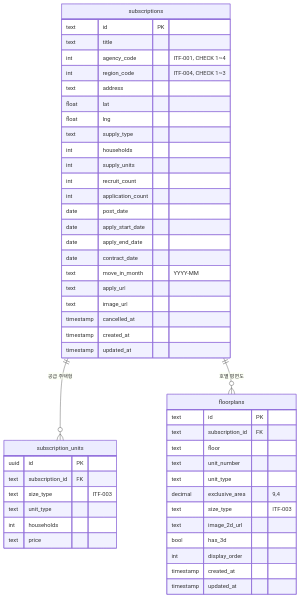
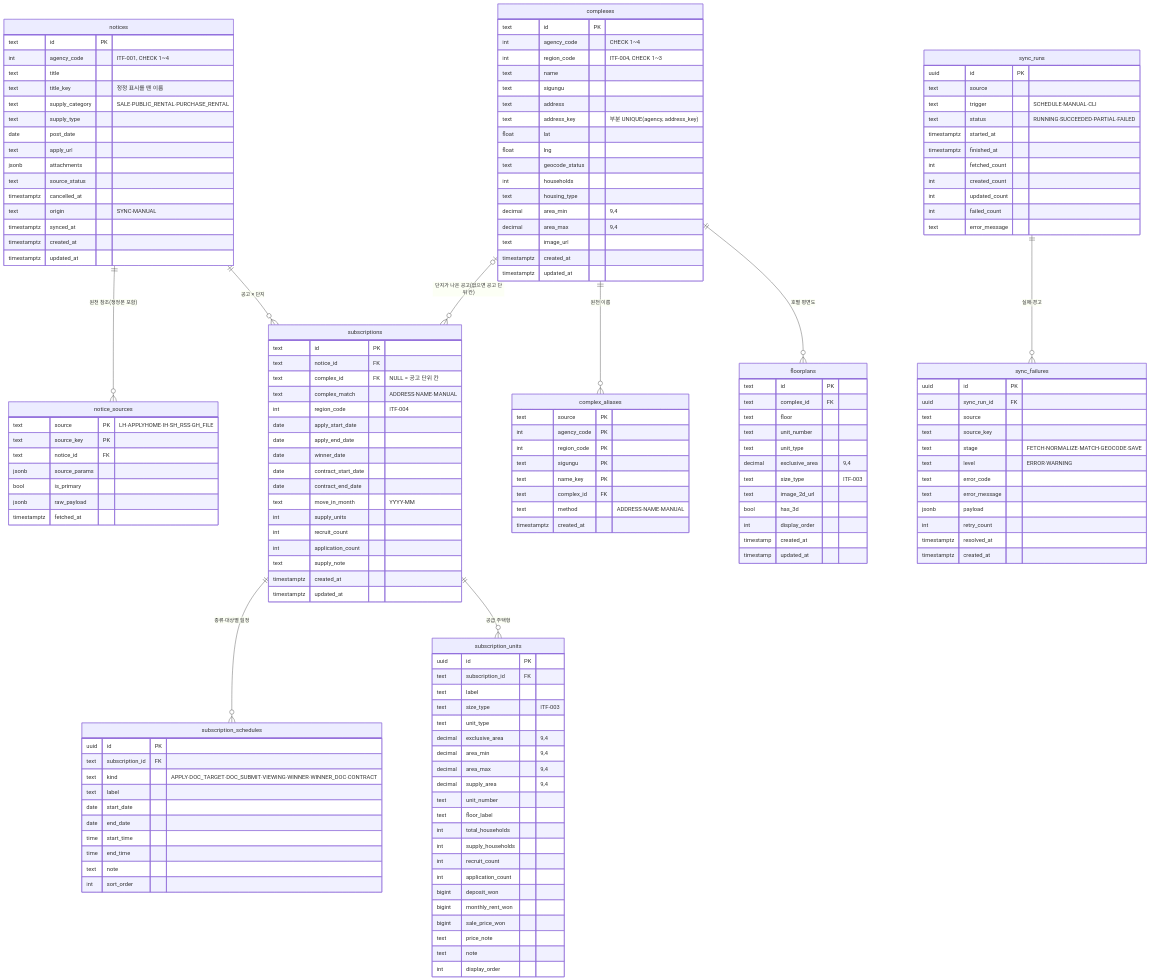
The diagram in docs/ZIPBODA_erd_v0.1.md (ZIPBODA/zipboda-api), drawn with Mermaid before and after one commit. The commit also changed other lines of this file and 1 other file, not shown here.

First line of the commit message:
docs: ERD v0.3 — 공고·단지·공고×단지 칸으로 구조를 나눈다

````diff
--- a/docs/ZIPBODA_erd_v0.1.md
+++ b/docs/ZIPBODA_erd_v0.1.md
@@ -42,45 +65,133 @@
 ```mermaid
 erDiagram
+  notices ||--o{ notice_sources : "원천 참조(정정본 포함)"
+  notices ||--o{ subscriptions : "공고 × 단지"
+  complexes |o--o{ subscriptions : "단지가 나온 공고(없으면 공고 단위 칸)"
+  complexes ||--o{ complex_aliases : "원천 이름"
+  complexes ||--o{ floorplans : "호별 평면도"
+  subscriptions ||--o{ subscription_schedules : "종류·대상별 일정"
   subscriptions ||--o{ subscription_units : "공급 주택형"
-  subscriptions ||--o{ floorplans : "호별 평면도"
+  sync_runs ||--o{ sync_failures : "실패·경고"
+
+  notices {
+    text id PK
+    int agency_code "ITF-001, CHECK 1~4"
+    text title
+    text title_key "정정 표시를 뗀 이름"
+    text supply_category "SALE·PUBLIC_RENTAL·PURCHASE_RENTAL"
+    text supply_type
+    date post_date
+    text apply_url
+    jsonb attachments
+    text source_status
+    timestamptz cancelled_at
+    text origin "SYNC·MANUAL"
+    timestamptz synced_at
+    timestamptz created_at
+    timestamptz updated_at
+  }
+
+  notice_sources {
+    text source PK "LH·APPLYHOME·IH·SH_RSS·GH_FILE"
+    text source_key PK
+    text notice_id FK
+    jsonb source_params
+    bool is_primary
+    jsonb raw_payload
+    timestamptz fetched_at
+  }
+
+  complexes {
+    text id PK
+    int agency_code "CHECK 1~4"
+    int region_code "ITF-004, CHECK 1~3"
+    text name
+    text sigungu
+    text address
+    text address_key "부분 UNIQUE(agency, address_key)"
+    float lat
+    float lng
+    text geocode_status
+    int households
+    text housing_type
+    decimal area_min "9,4"
+    decimal area_max "9,4"
+    text image_url
+    timestamptz created_at
+    timestamptz updated_at
+  }
+
+  complex_aliases {
+    text source PK
+    int agency_code PK
+    int region_code PK
+    text sigungu PK
+    text name_key PK
+    text complex_id FK
+    text method "ADDRESS·NAME·MANUAL"
+    timestamptz created_at
+  }
 
   subscriptions {
     text id PK
-    text title
-    int agency_code "ITF-001, CHECK 1~4"
-    int region_code "ITF-004, CHECK 1~3"
-    text address
-    float lat
-    float lng
-    text supply_type
-    int households
+    text notice_id FK
+    text complex_id FK "NULL = 공고 단위 칸"
+    text complex_match "ADDRESS·NAME·MANUAL"
+    int region_code "ITF-004"
+    date apply_start_date
+    date apply_end_date
+    date winner_date
+    date contract_start_date
+    date contract_end_date
+    text move_in_month "YYYY-MM"
     int supply_units
     int recruit_count
     int application_count
-    date post_date
-    date apply_start_date
-    date apply_end_date
-    date contract_date
-    text move_in_month "YYYY-MM"
-    text apply_url
-    text image_url
-    timestamp cancelled_at
-    timestamp created_at
-    timestamp updated_at
+    text supply_note
+    timestamptz created_at
+    timestamptz updated_at
+  }
+
+  subscription_schedules {
+    uuid id PK
+    text subscription_id FK
+    text kind "APPLY·DOC_TARGET·DOC_SUBMIT·VIEWING·WINNER·WINNER_DOC·CONTRACT"
+    text label
+    date start_date
+    date end_date
+    time start_time
+    time end_time
+    text note
+    int sort_order
   }
 
   subscription_units {
     uuid id PK
     text subscription_id FK
+    text label
     text size_type "ITF-003"
     text unit_type
-    int households
-    text price
+    decimal exclusive_area "9,4"
+    decimal area_min "9,4"
+    decimal area_max "9,4"
+    decimal supply_area "9,4"
+    text unit_number
+    text floor_label
+    int total_households
+    int supply_households
+    int recruit_count
+    int application_count
+    bigint deposit_won
+    bigint monthly_rent_won
+    bigint sale_price_won
+    text price_note
+    text note
+    int display_order
   }
 
   floorplans {
     text id PK
-    text subscription_id FK
+    text complex_id FK
     text floor
     text unit_number
     text unit_type
@@ -92,4 +203,33 @@
     timestamp created_at
     timestamp updated_at
   }
+
+  sync_runs {
+    uuid id PK
+    text source
+    text trigger "SCHEDULE·MANUAL·CLI"
+    text status "RUNNING·SUCCEEDED·PARTIAL·FAILED"
+    timestamptz started_at
+    timestamptz finished_at
+    int fetched_count
+    int created_count
+    int updated_count
+    int failed_count
+    text error_message
+  }
+
+  sync_failures {
+    uuid id PK
+    uuid sync_run_id FK
+    text source
+    text source_key
+    text stage "FETCH·NORMALIZE·MATCH·GEOCODE·SAVE"
+    text level "ERROR·WARNING"
+    text error_code
+    text error_message
+    jsonb payload
+    int retry_count
+    timestamptz resolved_at
+    timestamptz created_at
+  }
 ```
````
